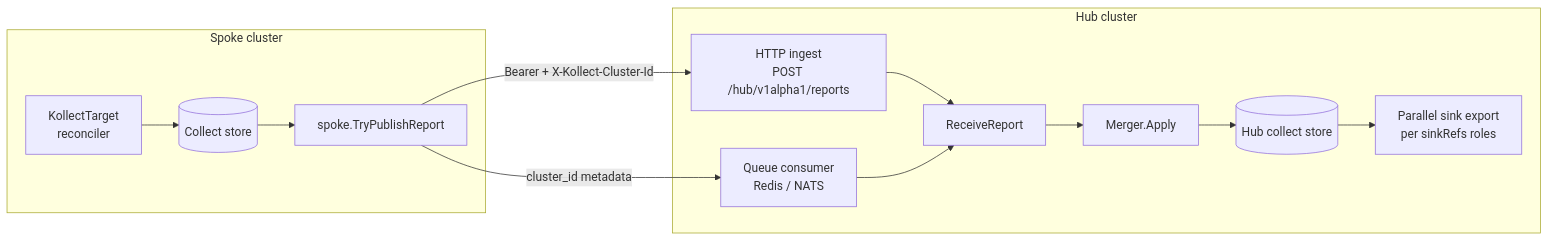
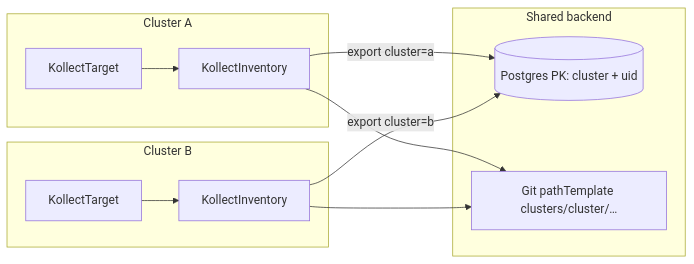
Before and after one commit to konih/kollect: the seventh of 7 diagrams in docs/DATA-FLOWS.md, drawn with Mermaid. The commit also changed other lines of this file and 4 other files, not shown here.

First line of the commit message:
:page_facing_up: docs: fleet narrative cleanup post hub removal

````diff
--- a/docs/DATA-FLOWS.md
+++ b/docs/DATA-FLOWS.md
@@ -239,27 +237,21 @@
 ```mermaid
 flowchart LR
-  subgraph spoke [Spoke cluster]
-    Tgt[KollectTarget<br/>reconciler]
-    Store[(Collect store)]
-    Pub[spoke.TryPublishReport]
-    Tgt --> Store
-    Store --> Pub
+  subgraph c1 [Cluster A]
+    Tgt1[KollectTarget]
+    Inv1[KollectInventory]
+    Tgt1 --> Inv1
   end
-
-  subgraph hub [Hub cluster]
-    HTTP[HTTP ingest<br/>POST /hub/v1alpha1/reports]
-    Queue[Queue consumer<br/>Redis / NATS]
-    Recv[ReceiveReport]
-    Merge[Merger.Apply]
-    HubStore[(Hub collect store)]
-    HTTP --> Recv
-    Queue --> Recv
-    Recv --> Merge
-    Merge --> HubStore
-  Export[Parallel sink export<br/>per sinkRefs roles]
-  HubStore --> Export
+  subgraph c2 [Cluster B]
+    Tgt2[KollectTarget]
+    Inv2[KollectInventory]
+    Tgt2 --> Inv2
   end
-
-  Pub -->|Bearer + X-Kollect-Cluster-Id| HTTP
-  Pub -->|cluster_id metadata| Queue
+  subgraph sink [Shared backend]
+    PG[(Postgres PK: cluster + uid)]
+    GIT[Git pathTemplate clusters/cluster/…]
+  end
+  Inv1 -->|export cluster=a| PG
+  Inv2 -->|export cluster=b| PG
+  Inv1 --> GIT
+  Inv2 --> GIT
 ```
````
